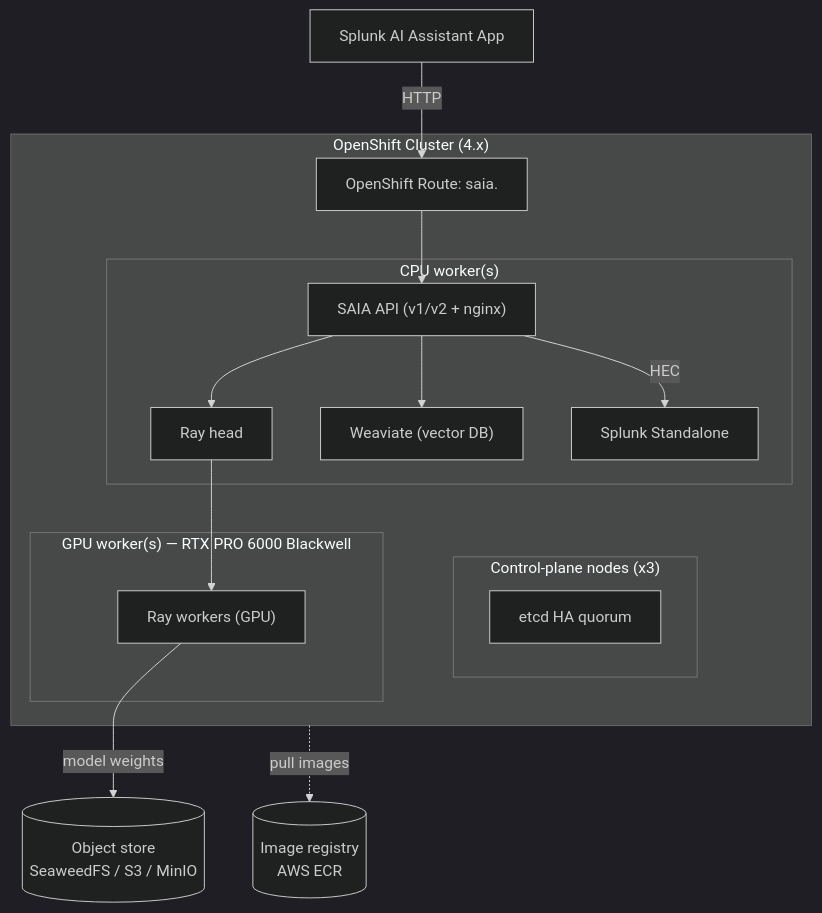
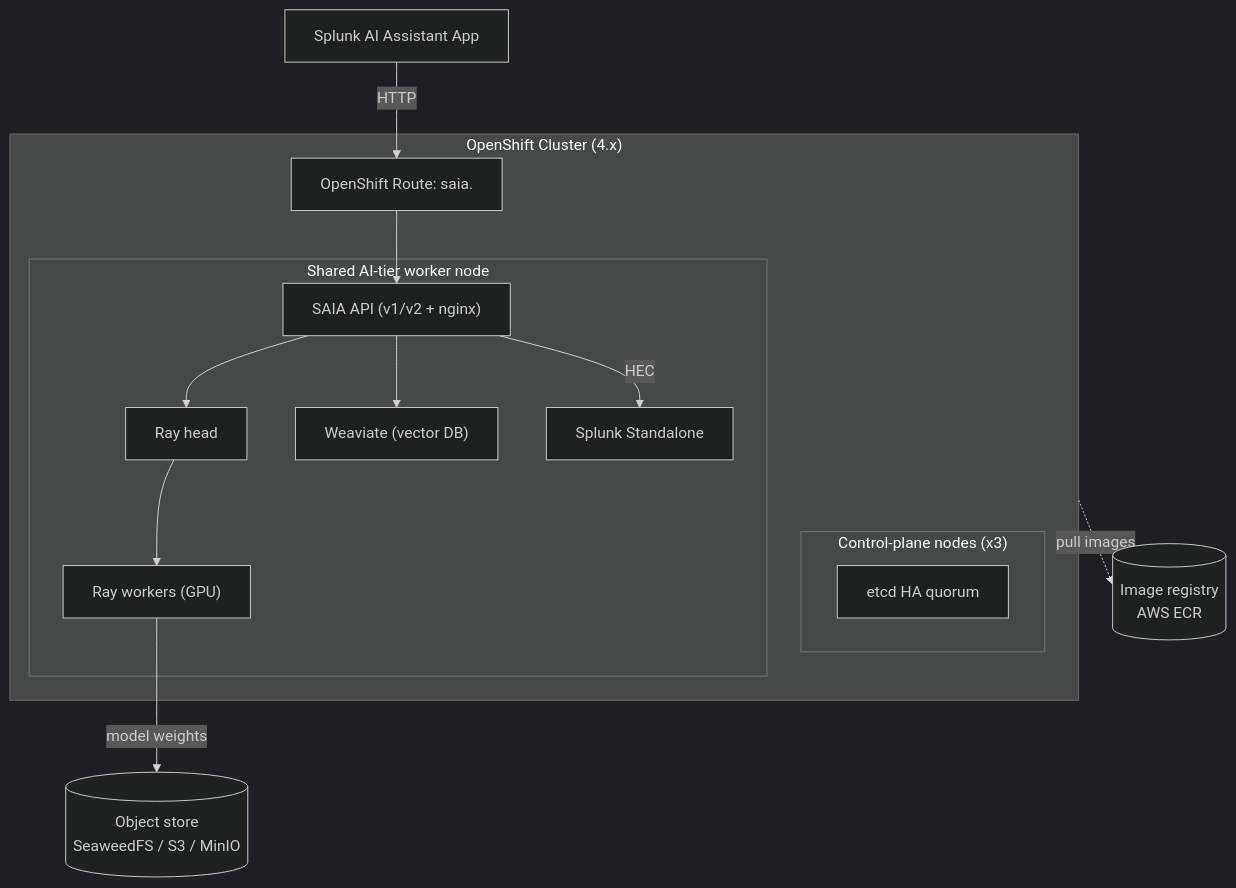
The diagram in tools/cluster_setup/OPENSHIFT_README.md (splunk/splunk-ai-operator), drawn with Mermaid (dark theme) before and after one commit. The commit also changed other lines of this file and 5 other files, not shown here.

````diff
--- a/tools/cluster_setup/OPENSHIFT_README.md
+++ b/tools/cluster_setup/OPENSHIFT_README.md
@@ -374,27 +424,25 @@
 ```mermaid
 flowchart TB
   subgraph OCP["OpenShift Cluster (4.x)"]
     subgraph CP["Control-plane nodes (x3)"]
       etcd["etcd HA quorum"]
     end
-    subgraph CPUW["CPU worker(s)"]
+    subgraph AIW["Shared AI-tier worker node"]
       RH["Ray head"]
       WV["Weaviate (vector DB)"]
       SAIA["SAIA API (v1/v2 + nginx)"]
       SPL["Splunk Standalone"]
-    end
-    subgraph GPUW["GPU worker(s) — RTX PRO 6000 Blackwell"]
       RW["Ray workers (GPU)"]
     end
     RT["OpenShift Route: saia.<ingress-domain>"]
   end
   OBJ[("Object store\nSeaweedFS / S3 / MinIO")]
   ECR[("Image registry\nAWS ECR")]
 
   Client["Splunk AI Assistant App"] -->|HTTP| RT --> SAIA
   SAIA --> RH --> RW
   SAIA --> WV
   SAIA -->|HEC| SPL
   RW -->|model weights| OBJ
   OCP -.pull images.-> ECR
 ```
````
